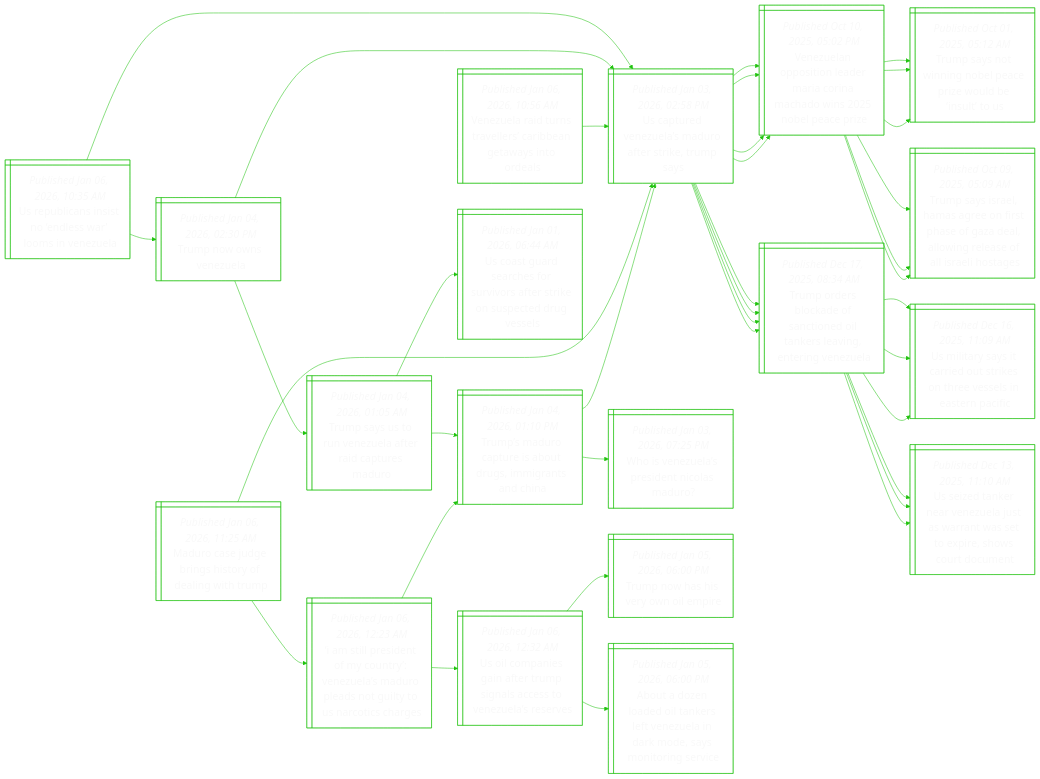
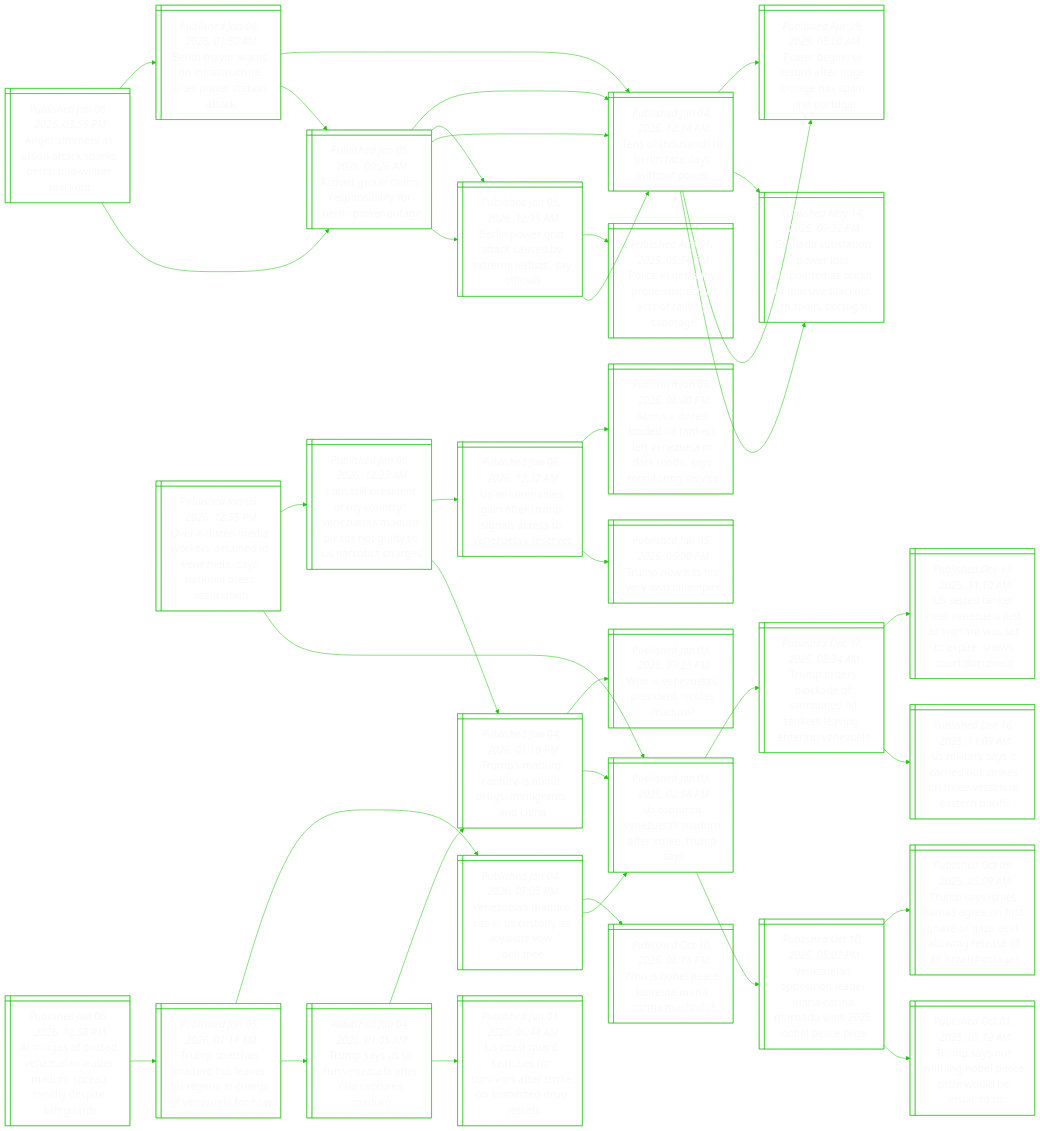
Before and after one commit to notJmes/notJmes: the diagram in README.md, drawn with Mermaid. The commit also changed other lines of this file, not shown here.

````diff
--- a/README.md
+++ b/README.md
@@ -16,8 +16,93 @@
 flowchart LR
 classDef txtsize font-size:20px;
 
-Mojbsodnhp@{ shape: win-pane, label: "_Published Jan 06, 2026, 11:25 AM_
-Maduro case judge brings history of dealing with trump" }
+Asrrtssiwrk@{ shape: win-pane, label: "_Published Jan 06, 2026, 03:56 PM_
+Anger simmers as arson attack sparks berlin mid-winter blackout" }
+Aioaesiriea@{ shape: win-pane, label: "_Published Jan 05, 2026, 09:26 AM_
+Activist group claims responsibility for berlin power outage" }
+Bnrakexeiais@{ shape: win-pane, label: "_Published Jan 05, 2026, 12:15 AM_
+Berlin power grid attack caused by ‘extreme leftists’, say officials" }
+Tfsilcsow@{ shape: win-pane, label: "_Published Jan 04, 2026, 12:14 AM_
+Tens of thousands in berlin face days without power" }
+Perpsccrao@{ shape: win-pane, label: "_Published Aug 01, 2025, 05:54 PM_
+Police in germany probe suspected acts of railway sabotage" }
+Tfsilcsow@{ shape: win-pane, label: "_Published Jan 04, 2026, 12:14 AM_
+Tens of thousands in berlin face days without power" }
+Gdsoesodifiatarl@{ shape: win-pane, label: "_Published May 14, 2025, 09:32 PM_
+Granada substation power loss pinpointed as origin of massive blackout in spain, portugal" }
+Pbstfutiadu@{ shape: win-pane, label: "_Published Apr 29, 2025, 05:00 AM_
+Power begins to return after huge outage hits spain and portugal" }
+Bnrsfrreett@{ shape: win-pane, label: "_Published Jan 06, 2026, 01:50 AM_
+Berlin mayor warns on infrastructure after power station attack" }
+Aioaesiriea@{ shape: win-pane, label: "_Published Jan 05, 2026, 09:26 AM_
+Activist group claims responsibility for berlin power outage" }
+Bnrakexeiais@{ shape: win-pane, label: "_Published Jan 05, 2026, 12:15 AM_
+Berlin power grid attack caused by ‘extreme leftists’, say officials" }
+Tfsilcsow@{ shape: win-pane, label: "_Published Jan 04, 2026, 12:14 AM_
+Tens of thousands in berlin face days without power" }
+Tfsilcsow@{ shape: win-pane, label: "_Published Jan 04, 2026, 12:14 AM_
+Tens of thousands in berlin face days without power" }
+Gdsoesodifiatarl@{ shape: win-pane, label: "_Published May 14, 2025, 09:32 PM_
+Granada substation power loss pinpointed as origin of massive blackout in spain, portugal" }
+Pbstfutiadu@{ shape: win-pane, label: "_Published Apr 29, 2025, 05:00 AM_
+Power begins to return after huge outage hits spain and portugal" }
+
+Asrrtssiwrk:::txtsize --> Aioaesiriea:::txtsize
+Aioaesiriea:::txtsize --> Bnrakexeiais:::txtsize
+Bnrakexeiais:::txtsize --> Tfsilcsow:::txtsize
+Bnrakexeiais:::txtsize --> Perpsccrao:::txtsize
+Aioaesiriea:::txtsize --> Tfsilcsow:::txtsize
+Tfsilcsow:::txtsize --> Gdsoesodifiatarl:::txtsize
+Tfsilcsow:::txtsize --> Pbstfutiadu:::txtsize
+Asrrtssiwrk:::txtsize --> Bnrsfrreett:::txtsize
+Bnrsfrreett:::txtsize --> Aioaesiriea:::txtsize
+Aioaesiriea:::txtsize --> Bnrakexeiais:::txtsize
+Aioaesiriea:::txtsize --> Tfsilcsow:::txtsize
+Bnrsfrreett:::txtsize --> Tfsilcsow:::txtsize
+Tfsilcsow:::txtsize --> Gdsoesodifiatarl:::txtsize
+Tfsilcsow:::txtsize --> Pbstfutiadu:::txtsize
+
+Agodzneurayifr@{ shape: win-pane, label: "_Published Jan 06, 2026, 12:58 PM_
+Ai images of ousted venezuelan leader maduro spread rapidly despite safeguards" }
+Tshduvsmhoeao@{ shape: win-pane, label: "_Published Jan 05, 2026, 01:14 AM_
+Trump snatches maduro but leaves his regime in charge of venezuela for now" }
+TsSnzaraeu@{ shape: win-pane, label: "_Published Jan 04, 2026, 01:05 AM_
+Trump says us to run venezuela after raid captures maduro" }
+Usrrfrreiscrs@{ shape: win-pane, label: "_Published Jan 01, 2026, 06:44 AM_
+Us coast guard searches for survivors after strike on suspected drug vessels" }
+Tsrtstsgsh@{ shape: win-pane, label: "_Published Jan 04, 2026, 01:10 PM_
+Trump’s maduro capture is about drugs, immigrants and china" }
+VuMoiuyytdn@{ shape: win-pane, label: "_Published Jan 04, 2026, 07:03 PM_
+Venezuela’s maduro sits in us custody as loyalists vow defiance" }
+UtVuMorkms@{ shape: win-pane, label: "_Published Jan 03, 2026, 02:58 PM_
+Us captured venezuela’s maduro after strike, trump says" }
+WNPlarrao@{ shape: win-pane, label: "_Published Oct 10, 2025, 06:18 PM_
+Who is nobel peace laureate maria corina machado?" }
+
+Agodzneurayifr:::txtsize --> Tshduvsmhoeao:::txtsize
+Tshduvsmhoeao:::txtsize --> TsSnzaraeu:::txtsize
+TsSnzaraeu:::txtsize --> Usrrfrreiscrs:::txtsize
+TsSnzaraeu:::txtsize --> Tsrtstsgsh:::txtsize
+Tshduvsmhoeao:::txtsize --> VuMoiuyytdn:::txtsize
+VuMoiuyytdn:::txtsize --> UtVuMorkms:::txtsize
+VuMoiuyytdn:::txtsize --> WNPlarrao:::txtsize
+
+Odmwraieannest@{ shape: win-pane, label: "_Published Jan 06, 2026, 12:55 PM_
+Over a dozen media workers detained in venezuela, says national press association" }
+UtVuMorkms@{ shape: win-pane, label: "_Published Jan 03, 2026, 02:58 PM_
+Us captured venezuela’s maduro after strike, trump says" }
+Vuoilranhibai@{ shape: win-pane, label: "_Published Oct 10, 2025, 05:02 PM_
+Venezuelan opposition leader maria corina machado wins 2025 nobel peace prize" }
+TsonoeroelS@{ shape: win-pane, label: "_Published Oct 01, 2025, 05:12 AM_
+Trump says not winning nobel peace prize would be ‘insult’ to us" }
+TssHaossaaorslaoe@{ shape: win-pane, label: "_Published Oct 09, 2025, 05:09 AM_
+Trump says israel, hamas agree on first phase of gaza deal, allowing release of all israeli hostages" }
+Toskftdasitgz@{ shape: win-pane, label: "_Published Dec 17, 2025, 08:34 AM_
+Trump orders blockade of sanctioned oil tankers leaving, entering venezuela" }
+Uistitktvlanf@{ shape: win-pane, label: "_Published Dec 16, 2025, 11:09 AM_
+Us military says it carried out strikes on three vessels in eastern pacific" }
+Uznenltrwtphoon@{ shape: win-pane, label: "_Published Dec 13, 2025, 11:10 AM_
+Us seized tanker near venezuela just as warrant was set to expire, shows court document" }
 Iienytnldlniorcr@{ shape: win-pane, label: "_Published Jan 06, 2026, 12:23 AM_
 ‘i am still president of my country’: venezuela’s maduro pleads not guilty to us narcotics charges" }
 Tsrtstsgsh@{ shape: win-pane, label: "_Published Jan 04, 2026, 01:10 PM_
@@ -32,105 +117,20 @@
 Trump now has his very own oil empire" }
 Aanetrtziksoree@{ shape: win-pane, label: "_Published Jan 05, 2026, 06:00 PM_
 About a dozen loaded oil tankers left venezuela in dark mode, says monitoring service" }
-UtVuMorkms@{ shape: win-pane, label: "_Published Jan 03, 2026, 02:58 PM_
-Us captured venezuela’s maduro after strike, trump says" }
-Vuoilranhibai@{ shape: win-pane, label: "_Published Oct 10, 2025, 05:02 PM_
-Venezuelan opposition leader maria corina machado wins 2025 nobel peace prize" }
-TsonoeroelS@{ shape: win-pane, label: "_Published Oct 01, 2025, 05:12 AM_
-Trump says not winning nobel peace prize would be ‘insult’ to us" }
-TssHaossaaorslaoe@{ shape: win-pane, label: "_Published Oct 09, 2025, 05:09 AM_
-Trump says israel, hamas agree on first phase of gaza deal, allowing release of all israeli hostages" }
-Toskftdasitgz@{ shape: win-pane, label: "_Published Dec 17, 2025, 08:34 AM_
-Trump orders blockade of sanctioned oil tankers leaving, entering venezuela" }
-Uistitktvlanf@{ shape: win-pane, label: "_Published Dec 16, 2025, 11:09 AM_
-Us military says it carried out strikes on three vessels in eastern pacific" }
-Uznenltrwtphoon@{ shape: win-pane, label: "_Published Dec 13, 2025, 11:10 AM_
-Us seized tanker near venezuela just as warrant was set to expire, shows court document" }
 
-Mojbsodnhp:::txtsize --> Iienytnldlniorcr:::txtsize
+Odmwraieannest:::txtsize --> UtVuMorkms:::txtsize
+UtVuMorkms:::txtsize --> Vuoilranhibai:::txtsize
+Vuoilranhibai:::txtsize --> TsonoeroelS:::txtsize
+Vuoilranhibai:::txtsize --> TssHaossaaorslaoe:::txtsize
+UtVuMorkms:::txtsize --> Toskftdasitgz:::txtsize
+Toskftdasitgz:::txtsize --> Uistitktvlanf:::txtsize
+Toskftdasitgz:::txtsize --> Uznenltrwtphoon:::txtsize
+Odmwraieannest:::txtsize --> Iienytnldlniorcr:::txtsize
 Iienytnldlniorcr:::txtsize --> Tsrtstsgsh:::txtsize
 Tsrtstsgsh:::txtsize --> UtVuMorkms:::txtsize
 Tsrtstsgsh:::txtsize --> WVuPdisr:::txtsize
 Iienytnldlniorcr:::txtsize --> Ucnatugasnlss:::txtsize
 Ucnatugasnlss:::txtsize --> Tnsenm:::txtsize
 Ucnatugasnlss:::txtsize --> Aanetrtziksoree:::txtsize
-Mojbsodnhp:::txtsize --> UtVuMorkms:::txtsize
-UtVuMorkms:::txtsize --> Vuoilranhibai:::txtsize
-Vuoilranhibai:::txtsize --> TsonoeroelS:::txtsize
-Vuoilranhibai:::txtsize --> TssHaossaaorslaoe:::txtsize
-UtVuMorkms:::txtsize --> Toskftdasitgz:::txtsize
-Toskftdasitgz:::txtsize --> Uistitktvlanf:::txtsize
-Toskftdasitgz:::txtsize --> Uznenltrwtphoon:::txtsize
-
-Vuaraeraairs@{ shape: win-pane, label: "_Published Jan 06, 2026, 10:56 AM_
-Venezuela raid turns travellers’ caribbean getaways into ordeals" }
-UtVuMorkms@{ shape: win-pane, label: "_Published Jan 03, 2026, 02:58 PM_
-Us captured venezuela’s maduro after strike, trump says" }
-Vuoilranhibai@{ shape: win-pane, label: "_Published Oct 10, 2025, 05:02 PM_
-Venezuelan opposition leader maria corina machado wins 2025 nobel peace prize" }
-TsonoeroelS@{ shape: win-pane, label: "_Published Oct 01, 2025, 05:12 AM_
-Trump says not winning nobel peace prize would be ‘insult’ to us" }
-TssHaossaaorslaoe@{ shape: win-pane, label: "_Published Oct 09, 2025, 05:09 AM_
-Trump says israel, hamas agree on first phase of gaza deal, allowing release of all israeli hostages" }
-Toskftdasitgz@{ shape: win-pane, label: "_Published Dec 17, 2025, 08:34 AM_
-Trump orders blockade of sanctioned oil tankers leaving, entering venezuela" }
-Uistitktvlanf@{ shape: win-pane, label: "_Published Dec 16, 2025, 11:09 AM_
-Us military says it carried out strikes on three vessels in eastern pacific" }
-Uznenltrwtphoon@{ shape: win-pane, label: "_Published Dec 13, 2025, 11:10 AM_
-Us seized tanker near venezuela just as warrant was set to expire, shows court document" }
-
-Vuaraeraairs:::txtsize --> UtVuMorkms:::txtsize
-UtVuMorkms:::txtsize --> Vuoilranhibai:::txtsize
-Vuoilranhibai:::txtsize --> TsonoeroelS:::txtsize
-Vuoilranhibai:::txtsize --> TssHaossaaorslaoe:::txtsize
-UtVuMorkms:::txtsize --> Toskftdasitgz:::txtsize
-Toskftdasitgz:::txtsize --> Uistitktvlanf:::txtsize
-Toskftdasitgz:::txtsize --> Uznenltrwtphoon:::txtsize
-
-Uuasoersnl@{ shape: win-pane, label: "_Published Jan 06, 2026, 10:35 AM_
-Us republicans insist no ‘endless war’ looms in venezuela" }
-Tnnea@{ shape: win-pane, label: "_Published Jan 04, 2026, 02:30 PM_
-Trump now owns venezuela" }
-UtVuMorkms@{ shape: win-pane, label: "_Published Jan 03, 2026, 02:58 PM_
-Us captured venezuela’s maduro after strike, trump says" }
-Vuoilranhibai@{ shape: win-pane, label: "_Published Oct 10, 2025, 05:02 PM_
-Venezuelan opposition leader maria corina machado wins 2025 nobel peace prize" }
-Toskftdasitgz@{ shape: win-pane, label: "_Published Dec 17, 2025, 08:34 AM_
-Trump orders blockade of sanctioned oil tankers leaving, entering venezuela" }
-TsSnzaraeu@{ shape: win-pane, label: "_Published Jan 04, 2026, 01:05 AM_
-Trump says us to run venezuela after raid captures maduro" }
-Usrrfrreiscrs@{ shape: win-pane, label: "_Published Jan 01, 2026, 06:44 AM_
-Us coast guard searches for survivors after strike on suspected drug vessels" }
-Tsrtstsgsh@{ shape: win-pane, label: "_Published Jan 04, 2026, 01:10 PM_
-Trump’s maduro capture is about drugs, immigrants and china" }
-UtVuMorkms@{ shape: win-pane, label: "_Published Jan 03, 2026, 02:58 PM_
-Us captured venezuela’s maduro after strike, trump says" }
-Vuoilranhibai@{ shape: win-pane, label: "_Published Oct 10, 2025, 05:02 PM_
-Venezuelan opposition leader maria corina machado wins 2025 nobel peace prize" }
-TsonoeroelS@{ shape: win-pane, label: "_Published Oct 01, 2025, 05:12 AM_
-Trump says not winning nobel peace prize would be ‘insult’ to us" }
-TssHaossaaorslaoe@{ shape: win-pane, label: "_Published Oct 09, 2025, 05:09 AM_
-Trump says israel, hamas agree on first phase of gaza deal, allowing release of all israeli hostages" }
-Toskftdasitgz@{ shape: win-pane, label: "_Published Dec 17, 2025, 08:34 AM_
-Trump orders blockade of sanctioned oil tankers leaving, entering venezuela" }
-Uistitktvlanf@{ shape: win-pane, label: "_Published Dec 16, 2025, 11:09 AM_
-Us military says it carried out strikes on three vessels in eastern pacific" }
-Uznenltrwtphoon@{ shape: win-pane, label: "_Published Dec 13, 2025, 11:10 AM_
-Us seized tanker near venezuela just as warrant was set to expire, shows court document" }
-
-Uuasoersnl:::txtsize --> Tnnea:::txtsize
-Tnnea:::txtsize --> UtVuMorkms:::txtsize
-UtVuMorkms:::txtsize --> Vuoilranhibai:::txtsize
-UtVuMorkms:::txtsize --> Toskftdasitgz:::txtsize
-Tnnea:::txtsize --> TsSnzaraeu:::txtsize
-TsSnzaraeu:::txtsize --> Usrrfrreiscrs:::txtsize
-TsSnzaraeu:::txtsize --> Tsrtstsgsh:::txtsize
-Uuasoersnl:::txtsize --> UtVuMorkms:::txtsize
-UtVuMorkms:::txtsize --> Vuoilranhibai:::txtsize
-Vuoilranhibai:::txtsize --> TsonoeroelS:::txtsize
-Vuoilranhibai:::txtsize --> TssHaossaaorslaoe:::txtsize
-UtVuMorkms:::txtsize --> Toskftdasitgz:::txtsize
-Toskftdasitgz:::txtsize --> Uistitktvlanf:::txtsize
-Toskftdasitgz:::txtsize --> Uznenltrwtphoon:::txtsize
 
 ```
````
